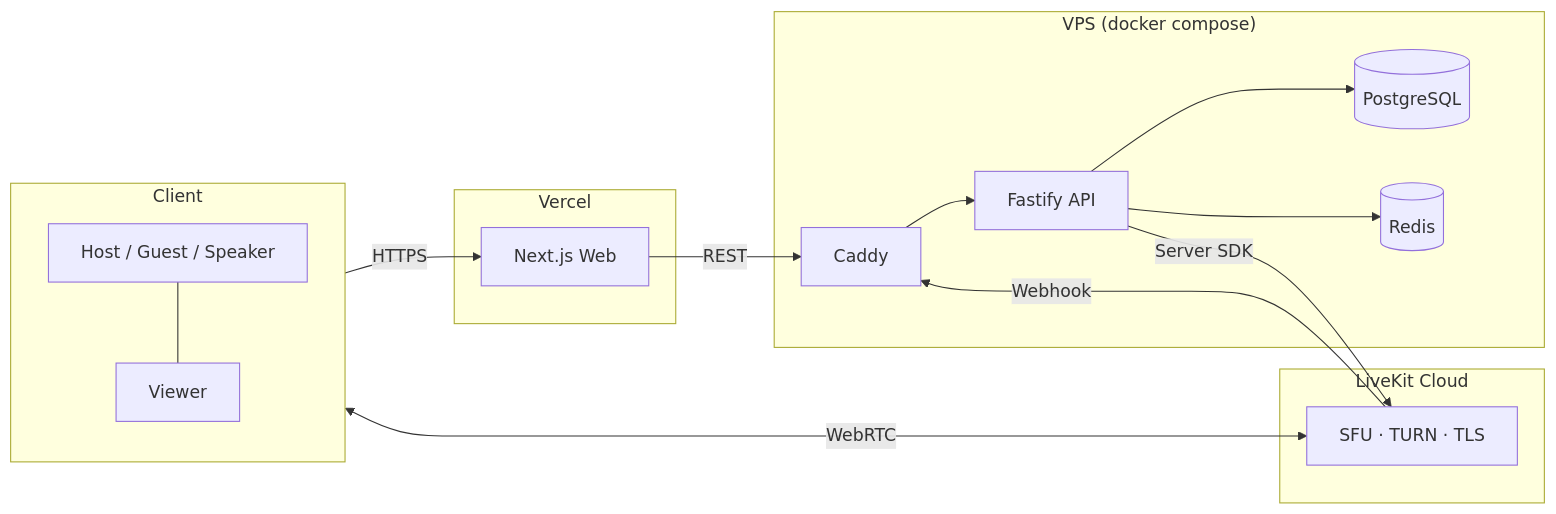
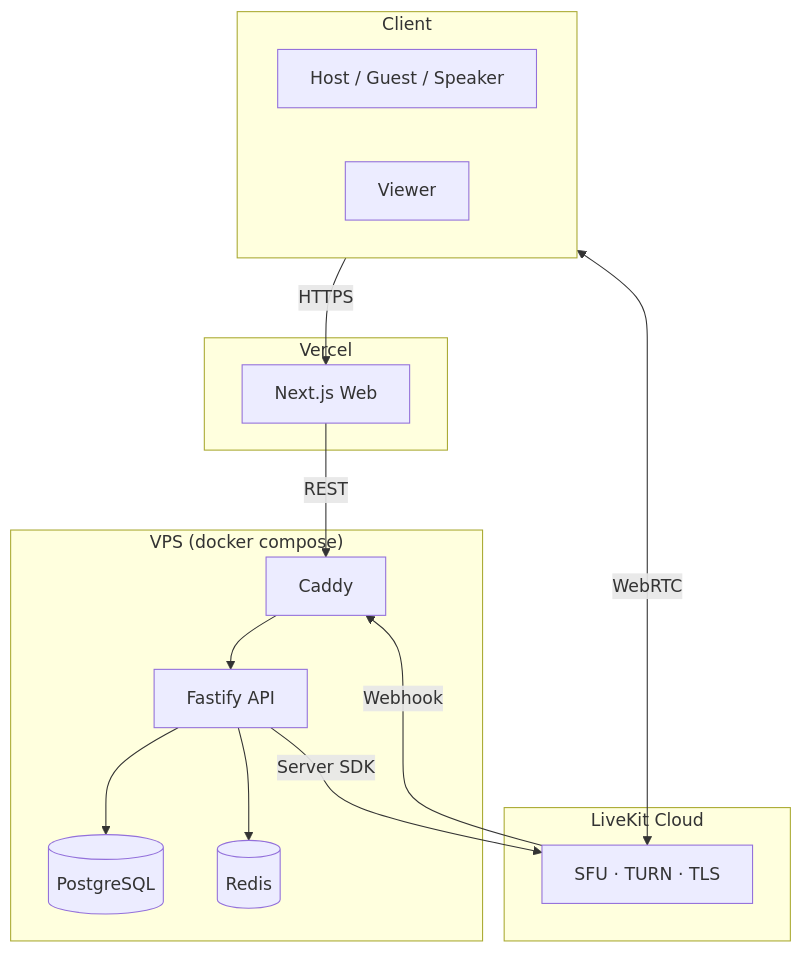
Before and after one commit to hjryoo-ai/multi-guest-live: the diagram in README.md, drawn with Mermaid.

Commit message:
docs(readme-portfolio): 아키텍처 mermaid LR→TB — LiveKit 코너 잘림 해소(육안 합격)
LR 은 문법상 렌더되나 SFU 가 폭 전체에 연결된 허브라 구조적으로 우하단 코너로 밀려
LiveKit Cloud 박스가 잘리고 GitHub 줌 컨트롤에 가렸다("렌더된다 ≠ 잘 렌더된다").
- `H --- V` 무의미 링크 제거(배치 제약만 만듦), LK 를 VPS 뒤 선언, 엣지 순서 재배열.
- `flowchart TB` 전환 — LR/TB 둘 다 mmdc 로 렌더해 화면 비교, TB 가 4개 박스 전부
  잘림 없이 노출. 합격 기준은 코드가 아니라 화면.
로컬 mmdc(=GitHub 동일 엔진)로 커밋본 재렌더 육안 확인 완료.

Claude-Session: https://claude.ai/code/session_01Fgo9cHFtP6DFp5rsaUq48D

````diff
--- a/README.md
+++ b/README.md
@@ -40,22 +40,23 @@
 ```mermaid
-flowchart LR
+flowchart TB
     subgraph Client
-        H[Host / Guest / Speaker] --- V[Viewer]
+        H[Host / Guest / Speaker]
+        V[Viewer]
     end
     subgraph Vercel
         W[Next.js Web]
-    end
-    subgraph LK["LiveKit Cloud"]
-        SFU[SFU · TURN · TLS]
     end
     subgraph VPS["VPS (docker compose)"]
         C[Caddy] --> A[Fastify API]
         A --> P[(PostgreSQL)]
         A --> R[(Redis)]
     end
+    subgraph LK["LiveKit Cloud"]
+        SFU[SFU · TURN · TLS]
+    end
     Client -->|HTTPS| W
+    W -->|REST| C
     Client <-->|WebRTC| SFU
-    W -->|REST| C
+    A -->|Server SDK| SFU
     SFU -->|Webhook| C
-    A -->|Server SDK| SFU
 ```
````
